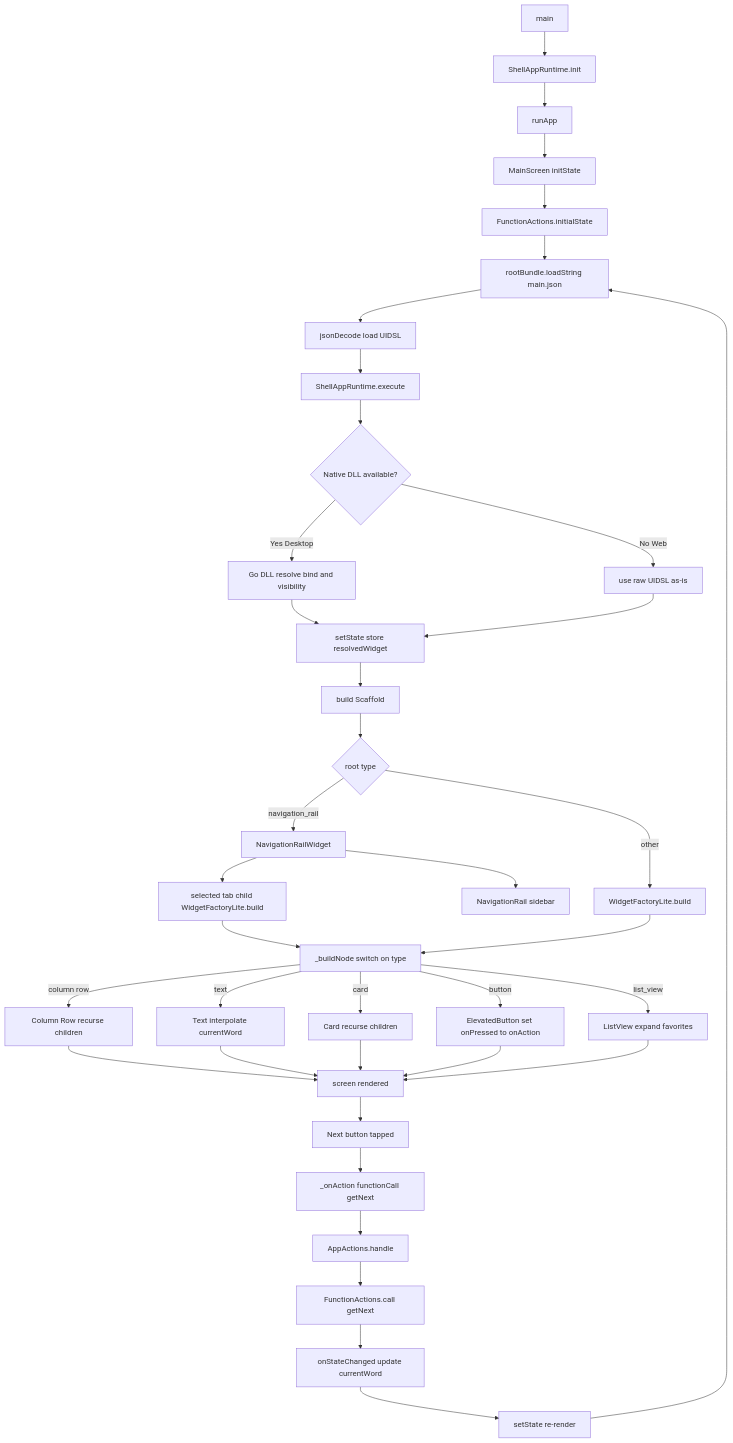
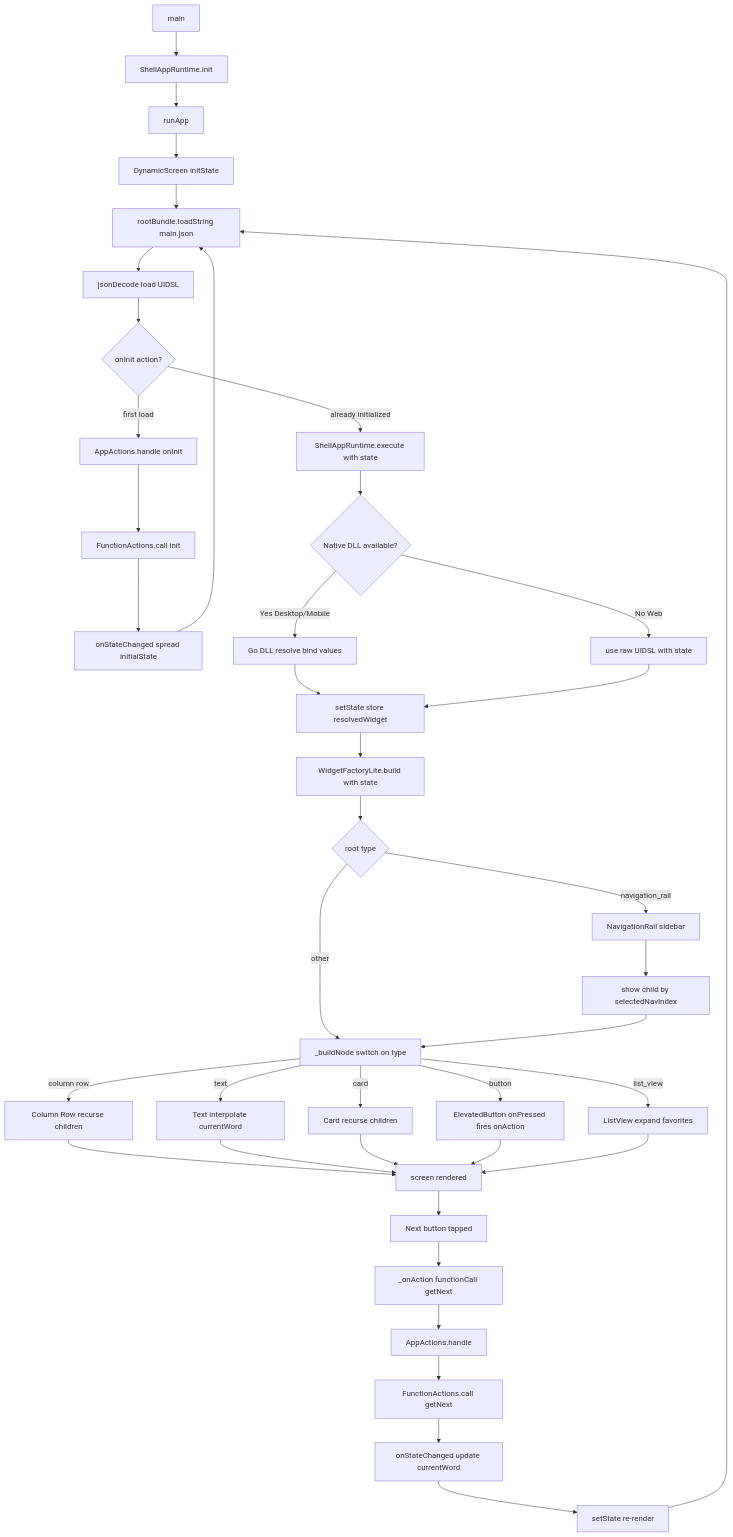
The diagram in README.md (ease-link/FlutterShell_App_Demo), drawn with Mermaid before and after one commit. The commit also changed other lines of this file and 1 other file, not shown here.

Commit message:
docs: update README to reflect DynamicScreen refactor
- Directory structure: main_screen.dart → dynamic_screen.dart
- Remove plugins/navigation_rail_widget.dart (now built into widget_factory_lite)
- Add main.dart comment (routing only, 25 lines)
- Add scale note: lib/screens/ stays 1 file regardless of screen count
- Mermaid: MainScreen → DynamicScreen, add onInit flow, update navigation_rail handling

````diff
--- a/README.md
+++ b/README.md
@@ -174,44 +174,45 @@
 ```mermaid
 flowchart TD
     A[main] --> B[ShellAppRuntime.init]
     B --> C[runApp]
-    C --> D[MainScreen initState]
-    D --> E[FunctionActions.initialState]
-    E --> F[rootBundle.loadString main.json]
+    C --> D[DynamicScreen initState]
+    D --> F[rootBundle.loadString main.json]
     F --> G[jsonDecode load UIDSL]
-    G --> H[ShellAppRuntime.execute]
+    G --> E{onInit action?}
+    E -->|first load| EE[AppActions.handle onInit]
+    EE --> EF[FunctionActions.call init]
+    EF --> EG[onStateChanged spread initialState]
+    EG --> F
+    E -->|already initialized| H[ShellAppRuntime.execute with state]
 
     H --> I{Native DLL available?}
-    I -->|Yes Desktop| J[Go DLL resolve bind and visibility]
-    I -->|No Web| K[use raw UIDSL as-is]
+    I -->|Yes Desktop/Mobile| J[Go DLL resolve bind values]
+    I -->|No Web| K[use raw UIDSL with state]
 
     J --> L[setState store resolvedWidget]
     K --> L
 
-    L --> M[build Scaffold]
+    L --> M[WidgetFactoryLite.build with state]
     M --> N{root type}
-    N -->|navigation_rail| O[NavigationRailWidget]
-    N -->|other| P[WidgetFactoryLite.build]
+    N -->|navigation_rail| O[NavigationRail sidebar]
+    N -->|other| P[_buildNode switch on type]
 
-    O --> Q[NavigationRail sidebar]
-    O --> R[selected tab child WidgetFactoryLite.build]
+    O --> Q[show child by selectedNavIndex]
+    Q --> P
 
-    R --> S[_buildNode switch on type]
-    P --> S
-
-    S -->|column row| T[Column Row recurse children]
-    S -->|text| U[Text interpolate currentWord]
-    S -->|card| V[Card recurse children]
-    S -->|button| W[ElevatedButton set onPressed to onAction]
-    S -->|list_view| X[ListView expand favorites]
+    P -->|column row| T[Column Row recurse children]
+    P -->|text| U[Text interpolate currentWord]
+    P -->|card| V[Card recurse children]
+    P -->|button| W[ElevatedButton onPressed fires onAction]
+    P -->|list_view| X[ListView expand favorites]
 
     T & U & V & W & X --> Y[screen rendered]
 
     Y --> Z[Next button tapped]
     Z --> AA[_onAction functionCall getNext]
     AA --> AB[AppActions.handle]
     AB --> AC[FunctionActions.call getNext]
     AC --> AD[onStateChanged update currentWord]
     AD --> AE[setState re-render]
     AE --> F
 ```
````
